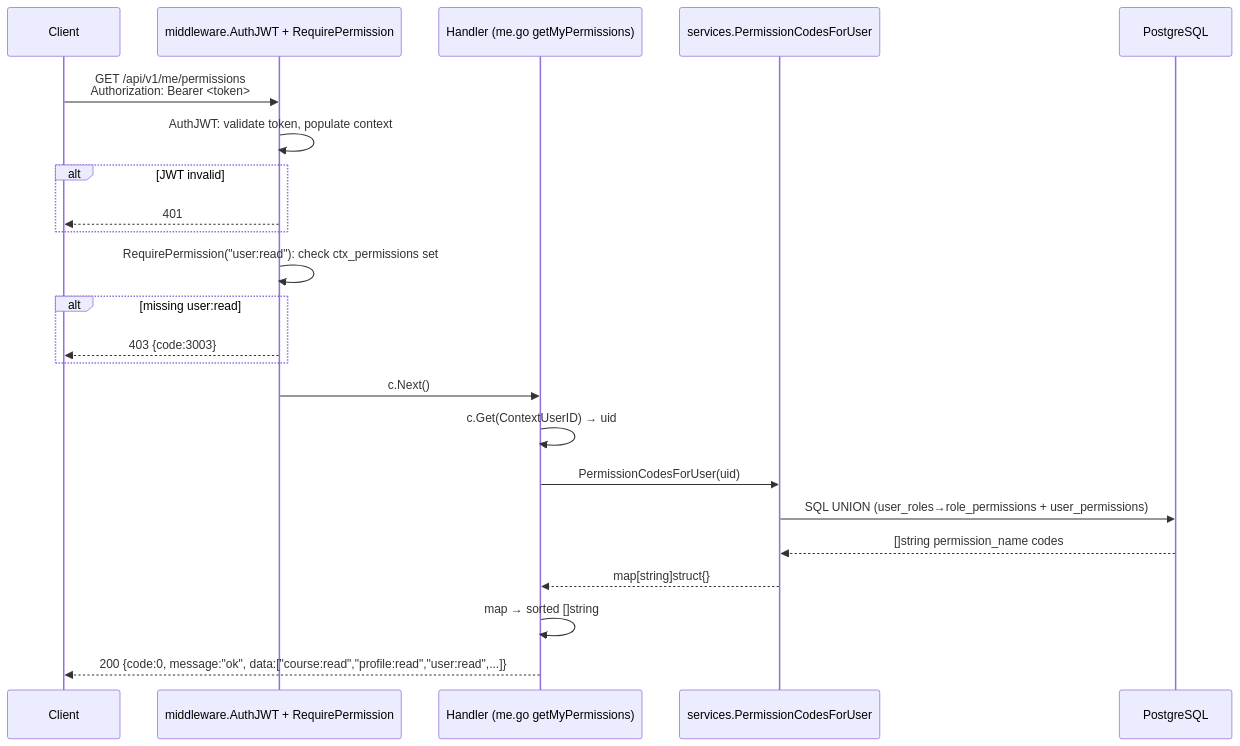
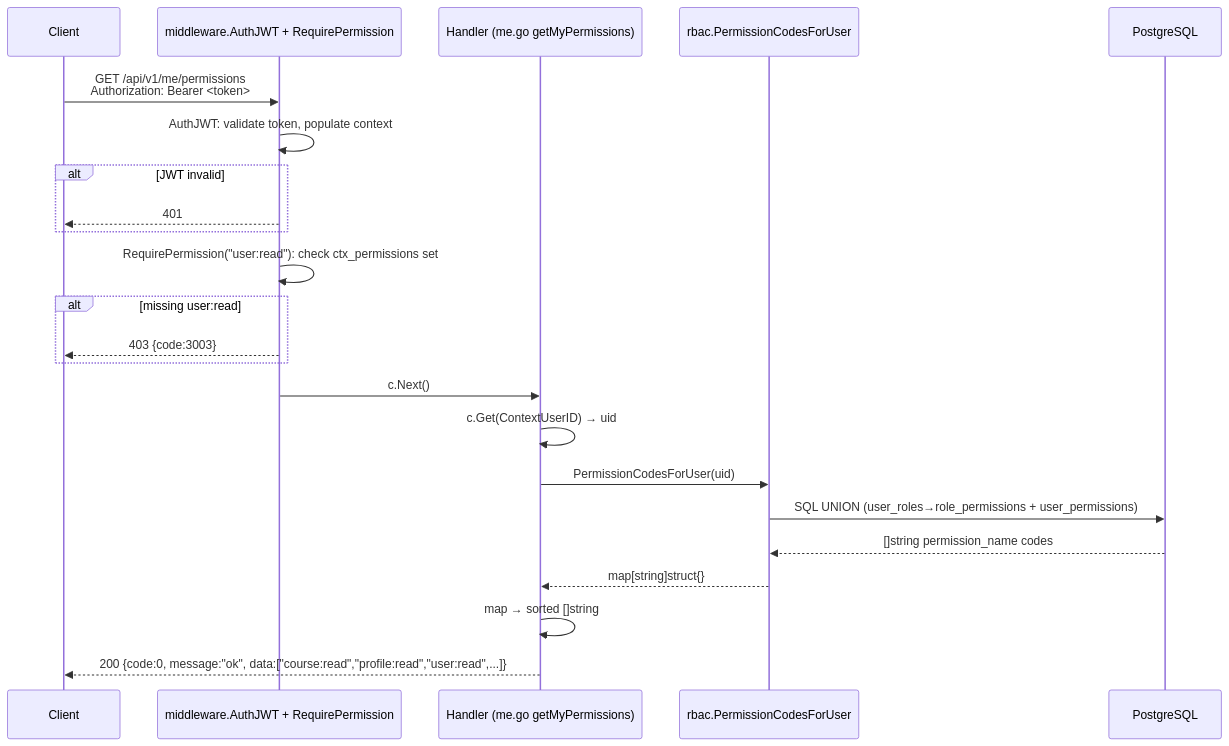
One commit to lkienkle11/be-mycourse changed the seventh of 23 diagrams in docs/sequence_diagrams.md. Above: the diagram before and after it, drawn with Mermaid. The commit also changed other lines of this file and 19 other files, not shown here.

Commit message:
docs: align architecture and module docs with package refactor

````diff
--- a/docs/sequence_diagrams.md
+++ b/docs/sequence_diagrams.md
@@ -378,28 +378,28 @@
 ```mermaid
 sequenceDiagram
     participant C as Client
     participant MW as middleware.AuthJWT + RequirePermission
     participant H as Handler (me.go getMyPermissions)
-    participant SVC as services.PermissionCodesForUser
+    participant SVC as rbac.PermissionCodesForUser
     participant DB as PostgreSQL
 
     C->>MW: GET /api/v1/me/permissions<br/>Authorization: Bearer <token>
     MW->>MW: AuthJWT: validate token, populate context
     alt JWT invalid
         MW-->>C: 401
     end
     MW->>MW: RequirePermission("user:read"): check ctx_permissions set
     alt missing user:read
         MW-->>C: 403 {code:3003}
     end
     MW->>H: c.Next()
 
     H->>H: c.Get(ContextUserID) → uid
     H->>SVC: PermissionCodesForUser(uid)
     SVC->>DB: SQL UNION (user_roles→role_permissions + user_permissions)
     DB-->>SVC: []string permission_name codes
     SVC-->>H: map[string]struct{}
 
     H->>H: map → sorted []string
     H-->>C: 200 {code:0, message:"ok", data:["course:read","profile:read","user:read",...]}
 ```
````
